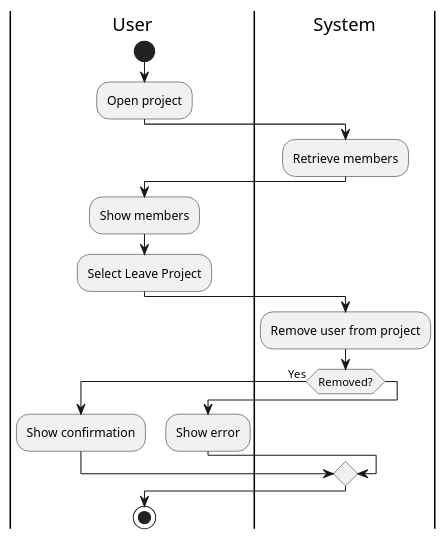
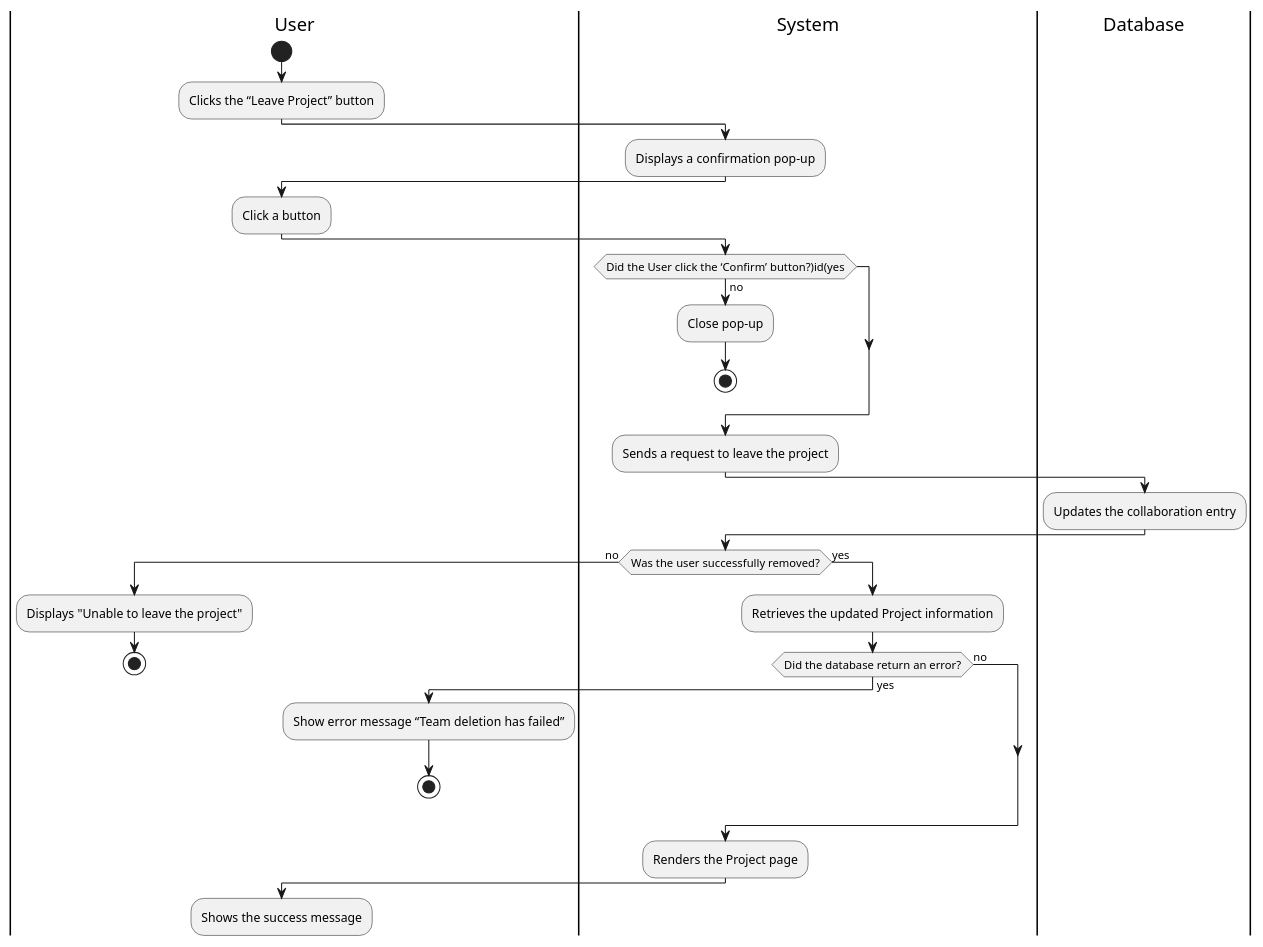
One commit to Berthou05/LimboSoftwareDevelopment_Change.org changed the diagram in documentation/activity_diagrams/PROJ-06-01-ActivityDiagram.puml. Above: the diagram before and after it, drawn with PlantUML. The commit also changed 10 other files, not shown here.

```diff
--- a/documentation/activity_diagrams/PROJ-06-01-ActivityDiagram.puml
+++ b/documentation/activity_diagrams/PROJ-06-01-ActivityDiagram.puml
@@ -1,27 +1,46 @@
 @startuml
 skinparam activityFlowDirection Down
 
 |User|
 start
-:Open project;
+:Clicks the “Leave Project” button;
+|System|
+:Displays a confirmation pop-up;
+|User|
+:Click a button;
+|System|
+if(Did the User click the ‘Confirm’ button?)id(yes)then
+
+else(no)
+  |System|
+  :Close pop-up;
+  stop
+endif
 
 |System|
-:Retrieve members;
+:Sends a request to leave the project;
+|Database|
+:Updates the collaboration entry;
+|System|
+if(Was the user successfully removed?)is(no)then
+  |User|
+  :Displays "Unable to leave the project";
+  stop
 
-|User|
-:Show members;
-:Select Leave Project;
+else(yes)
+  |System|
+  :Retrieves the updated Project information;
+  if(Did the database return an error?)is(yes)then
+    |User|
+    :Show error message “Team deletion has failed”;
+    stop
+  else(no)
+  endif
+endif
 
 |System|
-:Remove user from project;
+:Renders the Project page;
+|User|
+:Shows the success message;
 
-if (Removed?) then (Yes)
-  |User|
-  :Show confirmation;
-else
-  |User|
-  :Show error;
-endif
-
-stop
 @enduml
```
